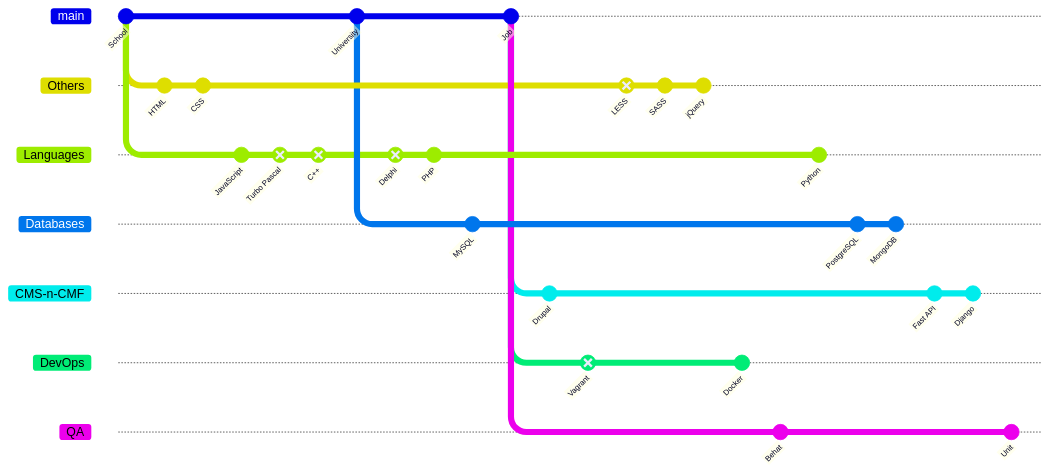
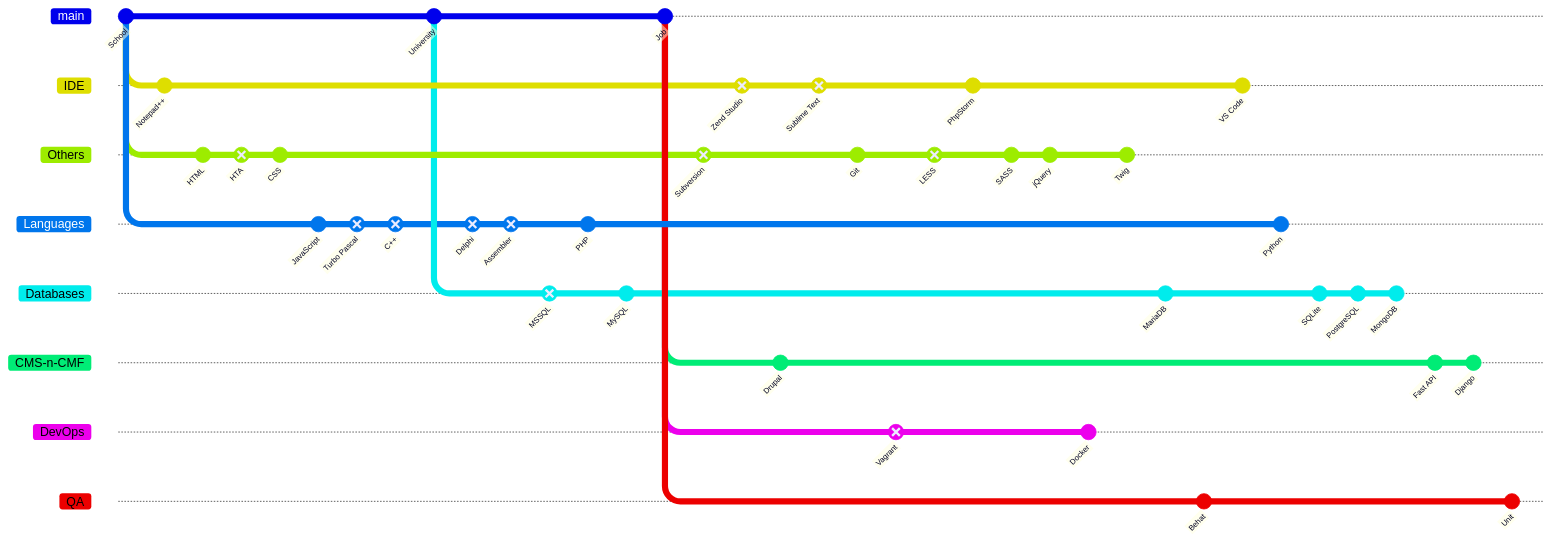
Before and after one commit to ohorbatiuk/ohorbatiuk: the diagram in README.md, drawn with Mermaid.

Commit message:
Add development environments and some other technologies

````diff
--- a/README.md
+++ b/README.md
@@ -12,46 +12,73 @@
 ```mermaid
 gitGraph
   commit id: "School"
+  branch IDE
+  commit id: "Notepad++"
+  checkout main
   branch Others
   commit id: "HTML"
+  commit id: "HTA" type: REVERSE
   commit id: "CSS"
   checkout main
   branch Languages
   commit id: "JavaScript"
   commit id: "Turbo Pascal" type: REVERSE
   commit id: "C++" type: REVERSE
   checkout main
   commit id: "University"
   checkout Languages
   commit id: "Delphi" type: REVERSE
-  commit id: "PHP"
+  commit id: "Assembler" type: REVERSE
   checkout main
   branch Databases
+  commit id: "MSSQL" type: REVERSE
+  checkout Languages
+  commit id: "PHP"
+  checkout Databases
   commit id: "MySQL"
   checkout main
   commit id: "Job"
+  checkout Others
+  commit id: "Subversion" type: REVERSE
+  checkout IDE
+  commit id: "Zend Studio" type: REVERSE
+  checkout main
   branch CMS-n-CMF
   commit id: "Drupal"
+  checkout IDE
+  commit id: "Sublime Text" type: REVERSE
+  checkout Others
+  commit id: "Git"
   checkout main
   branch DevOps
   commit id: "Vagrant" type: REVERSE
   checkout Others
   commit id: "LESS" type: REVERSE
+  checkout IDE
+  commit id: "PhpStorm"
+  checkout Others
   commit id: "SASS"
   commit id: "jQuery"
   checkout DevOps
   commit id: "Docker"
+  checkout Others
+  commit id: "Twig"
+  checkout Databases
+  commit id: "MariaDB"
   checkout main
   branch QA
   commit id: "Behat"
+  checkout IDE
+  commit id: "VS Code"
   checkout Languages
   commit id: "Python"
   checkout Databases
+  commit id: "SQLite"
   commit id: "PostgreSQL"
   commit id: "MongoDB"
   checkout CMS-n-CMF
   commit id: "Fast API"
   commit id: "Django"
   checkout QA
   commit id: "Unit"
 ```
````
